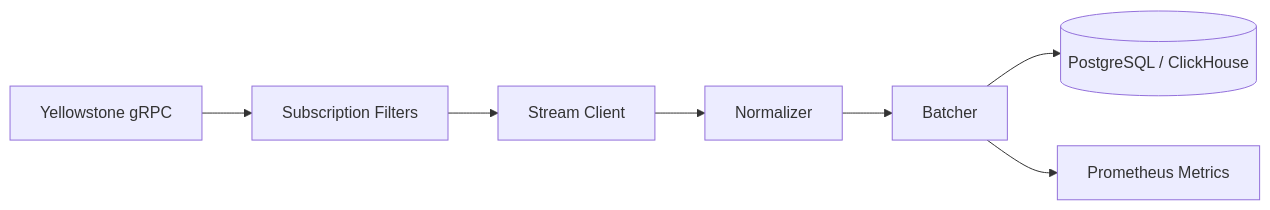
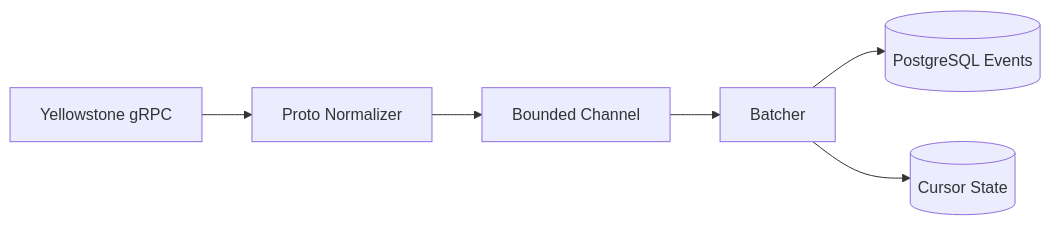
Before and after one commit to maksim-dzhigil/solana-yellowstone-stream-processor: the second of 2 diagrams in README.md, drawn with Mermaid. The commit also changed other lines of this file, not shown here.

````diff
--- a/README.md
+++ b/README.md
@@ -22,9 +22,8 @@
 ```mermaid
 flowchart LR
-    Y[Yellowstone gRPC] --> S[Subscription Filters]
-    S --> C[Stream Client]
-    C --> N[Normalizer]
-    N --> B[Batcher]
-    B --> P[(PostgreSQL / ClickHouse)]
-    B --> M[Prometheus Metrics]
+    Y[Yellowstone gRPC] --> N[Proto Normalizer]
+    N --> C[Bounded Channel]
+    C --> B[Batcher]
+    B --> P[(PostgreSQL Events)]
+    B --> CUR[(Cursor State)]
 ```
````
